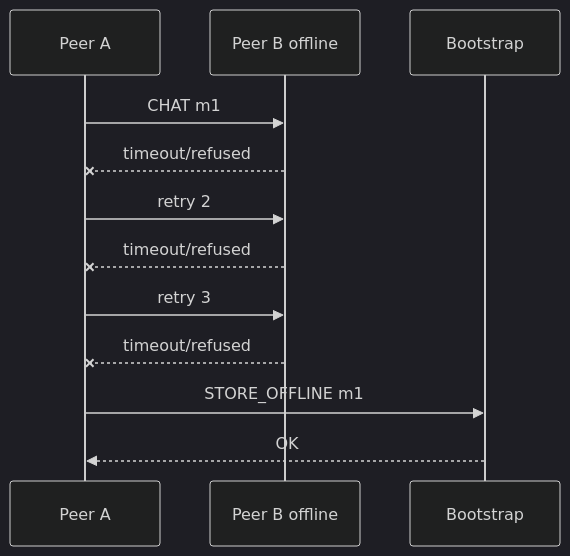
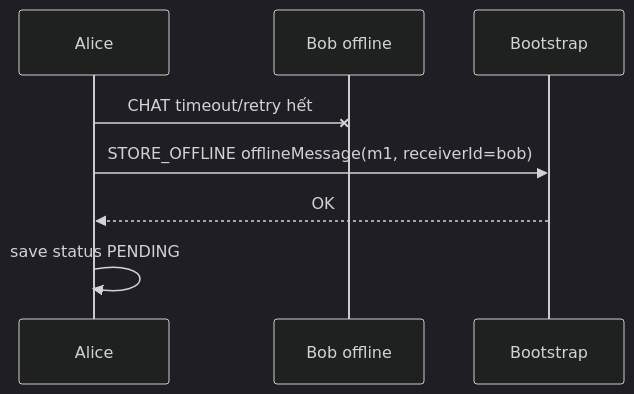
Before and after one commit to dungcony/p2p: the second of 5 diagrams in docs/nop-bai/03_giao_thuc_trao_doi_thong_diep.md, drawn with Mermaid (dark theme). The commit also changed other lines of this file and 9 other files, not shown here.

````diff
--- a/docs/nop-bai/03_giao_thuc_trao_doi_thong_diep.md
+++ b/docs/nop-bai/03_giao_thuc_trao_doi_thong_diep.md
@@ -349,14 +163,10 @@
 ```mermaid
 sequenceDiagram
-    participant A as Peer A
-    participant B as Peer B offline
+    participant A as Alice
+    participant B as Bob offline
     participant BS as Bootstrap
-    A->>B: CHAT m1
-    B--xA: timeout/refused
-    A->>B: retry 2
-    B--xA: timeout/refused
-    A->>B: retry 3
-    B--xA: timeout/refused
-    A->>BS: STORE_OFFLINE m1
+    A-xB: CHAT timeout/retry hết
+    A->>BS: STORE_OFFLINE offlineMessage(m1, receiverId=bob)
     BS-->>A: OK
+    A->>A: save status PENDING
 ```
````
